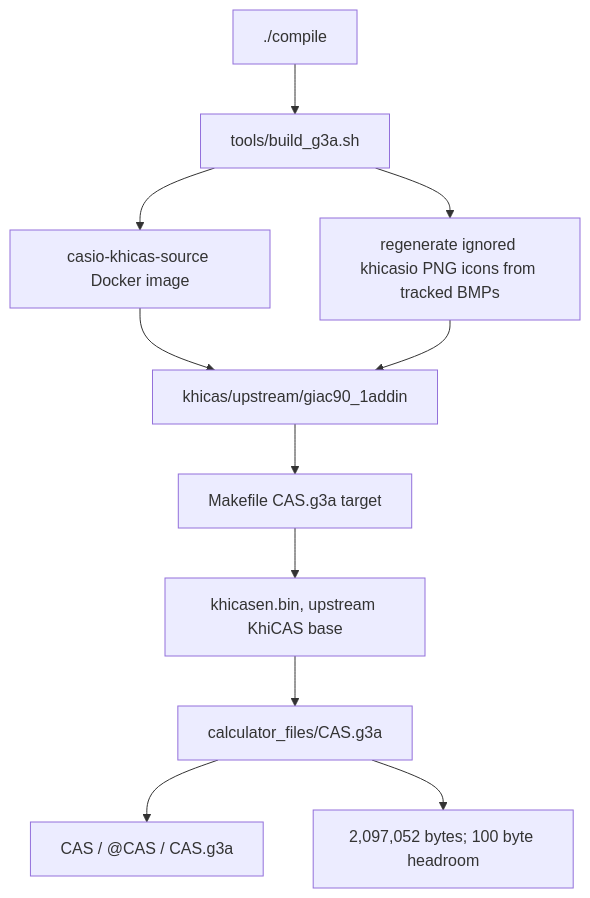
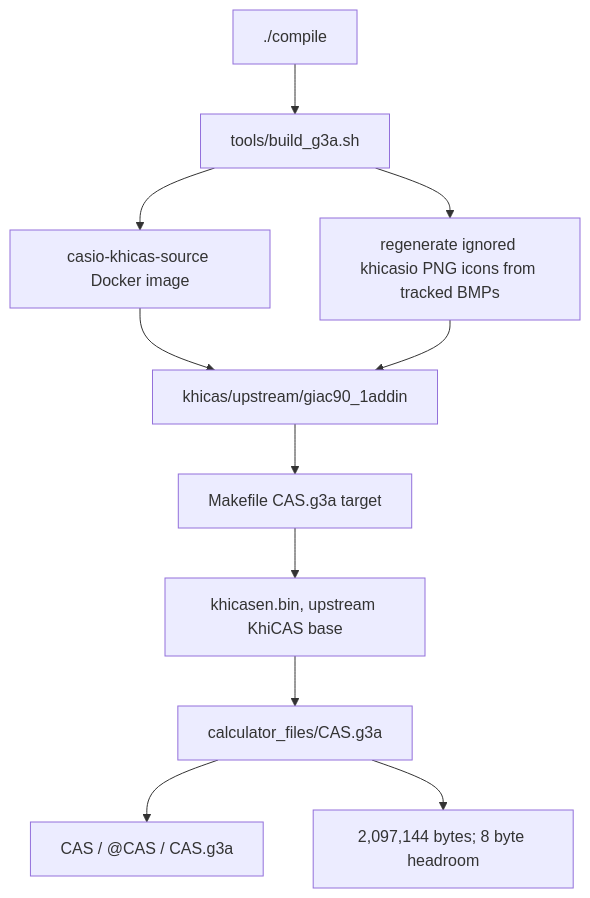
One commit to james8464/notes-addin-casio-fx-cg50 changed the first of 6 diagrams in docs/GRAPH.md. Above: the diagram before and after it, drawn with Mermaid. The commit also changed other lines of this file and 4 other files, not shown here.

````diff
--- a/docs/GRAPH.md
+++ b/docs/GRAPH.md
@@ -7,13 +7,13 @@
 ```mermaid
 graph TD
   Compile["./compile"] --> Build["tools/build_g3a.sh"]
   Build --> Docker["casio-khicas-source Docker image"]
   Docker --> Src["khicas/upstream/giac90_1addin"]
   Build --> Icons["regenerate ignored khicasio PNG icons from tracked BMPs"]
   Icons --> Src
   Src --> Make["Makefile CAS.g3a target"]
   Make --> Bin["khicasen.bin, upstream KhiCAS base"]
   Bin --> G3A["calculator_files/CAS.g3a"]
   G3A --> Meta["CAS / @CAS / CAS.g3a"]
-  G3A --> Size["2,097,052 bytes; 100 byte headroom"]
+  G3A --> Size["2,097,144 bytes; 8 byte headroom"]
 ```
````
